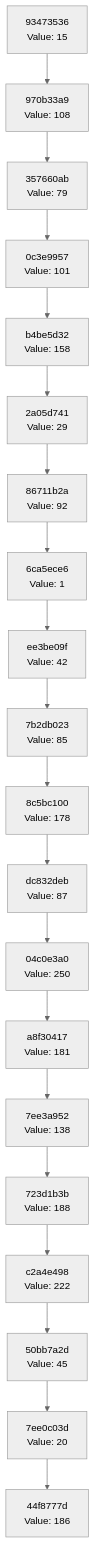
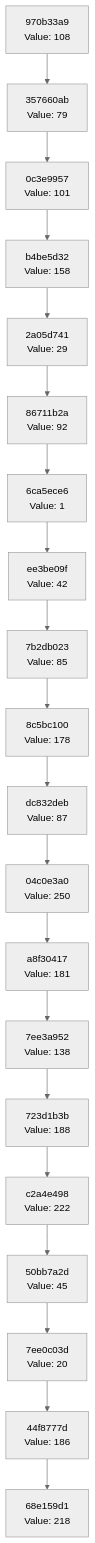
The diagram in docs/CHAIN_VISUALIZATION.md (Abhisheksinha1506/hash-chain-evolver), drawn with Mermaid (neutral theme) before and after one commit. The commit also changed 2 other files, not shown here.

Commit message:
Evolution step: hash 0xDA → action executed

````diff
--- a/docs/CHAIN_VISUALIZATION.md
+++ b/docs/CHAIN_VISUALIZATION.md
@@ -3,42 +3,42 @@
 ```mermaid
 graph TD
-    C0["44f8777d<br/>Value: 186"]
-    C1["7ee0c03d<br/>Value: 20"]
+    C0["68e159d1<br/>Value: 218"]
+    C1["44f8777d<br/>Value: 186"]
     C1 --> C0
-    C2["50bb7a2d<br/>Value: 45"]
+    C2["7ee0c03d<br/>Value: 20"]
     C2 --> C1
-    C3["c2a4e498<br/>Value: 222"]
+    C3["50bb7a2d<br/>Value: 45"]
     C3 --> C2
-    C4["723d1b3b<br/>Value: 188"]
+    C4["c2a4e498<br/>Value: 222"]
     C4 --> C3
-    C5["7ee3a952<br/>Value: 138"]
+    C5["723d1b3b<br/>Value: 188"]
     C5 --> C4
-    C6["a8f30417<br/>Value: 181"]
+    C6["7ee3a952<br/>Value: 138"]
     C6 --> C5
-    C7["04c0e3a0<br/>Value: 250"]
+    C7["a8f30417<br/>Value: 181"]
     C7 --> C6
-    C8["dc832deb<br/>Value: 87"]
+    C8["04c0e3a0<br/>Value: 250"]
     C8 --> C7
-    C9["8c5bc100<br/>Value: 178"]
+    C9["dc832deb<br/>Value: 87"]
     C9 --> C8
-    C10["7b2db023<br/>Value: 85"]
+    C10["8c5bc100<br/>Value: 178"]
     C10 --> C9
-    C11["ee3be09f<br/>Value: 42"]
+    C11["7b2db023<br/>Value: 85"]
     C11 --> C10
-    C12["6ca5ece6<br/>Value: 1"]
+    C12["ee3be09f<br/>Value: 42"]
     C12 --> C11
-    C13["86711b2a<br/>Value: 92"]
+    C13["6ca5ece6<br/>Value: 1"]
     C13 --> C12
-    C14["2a05d741<br/>Value: 29"]
+    C14["86711b2a<br/>Value: 92"]
     C14 --> C13
-    C15["b4be5d32<br/>Value: 158"]
+    C15["2a05d741<br/>Value: 29"]
     C15 --> C14
-    C16["0c3e9957<br/>Value: 101"]
+    C16["b4be5d32<br/>Value: 158"]
     C16 --> C15
-    C17["357660ab<br/>Value: 79"]
+    C17["0c3e9957<br/>Value: 101"]
     C17 --> C16
-    C18["970b33a9<br/>Value: 108"]
+    C18["357660ab<br/>Value: 79"]
     C18 --> C17
-    C19["93473536<br/>Value: 15"]
+    C19["970b33a9<br/>Value: 108"]
     C19 --> C18
 ```
````
